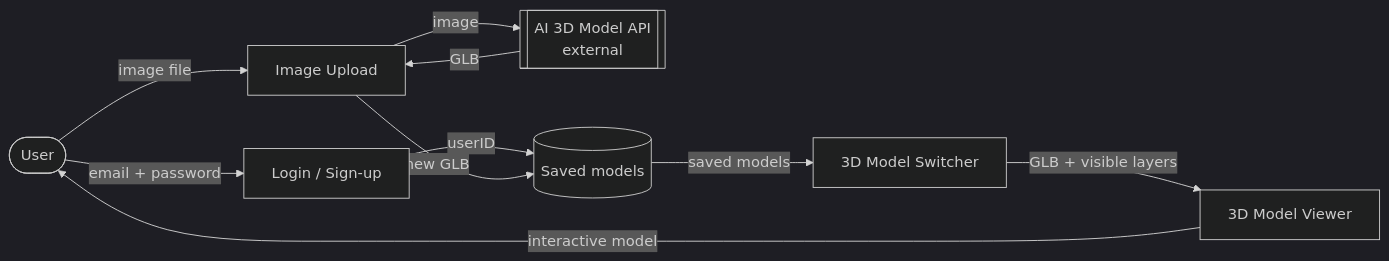
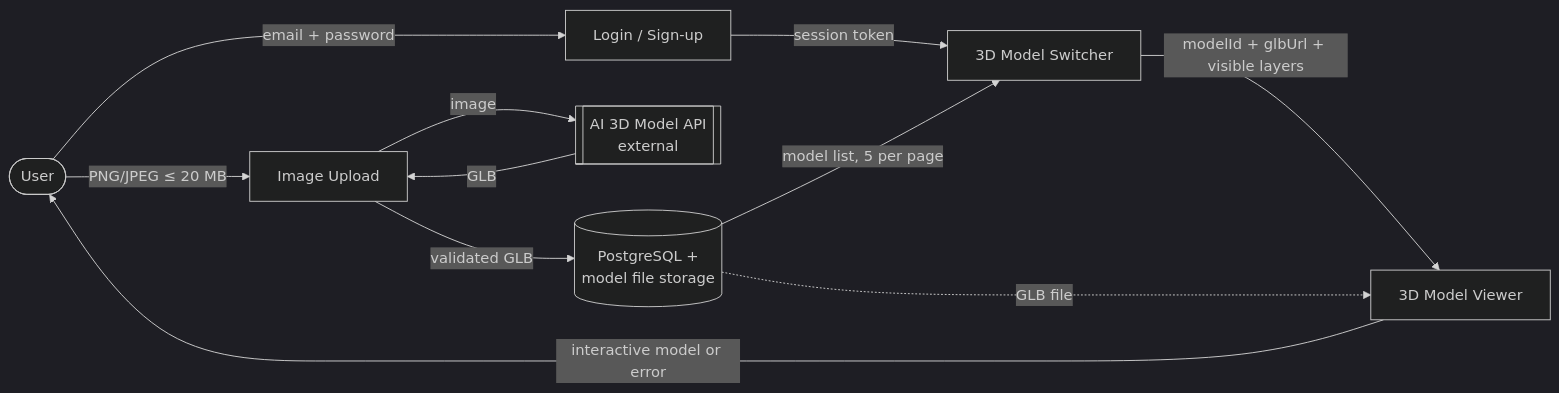
One commit to maluskvp/CS5001---Senior-Design-Project changed the diagram in README.md. Above: the diagram before and after it, drawn with Mermaid (dark theme). The commit also changed other lines of this file and 6 other files, not shown here.

````diff
--- a/README.md
+++ b/README.md
@@ -28,12 +28,13 @@
 ```mermaid
 flowchart LR
     U([User]) -->|email + password| L[Login / Sign-up]
-    U -->|image file| UP[Image Upload]
+    L -->|session token| S
+    U -->|PNG/JPEG ≤ 20 MB| UP[Image Upload]
     UP -->|image| AI[[AI 3D Model API<br/>external]]
     AI -->|GLB| UP
-    L -->|userID| DB[(Saved models)]
-    UP -->|new GLB| DB
-    DB -->|saved models| S[3D Model Switcher]
-    S -->|GLB + visible layers| V[3D Model Viewer]
-    V -->|interactive model| U
+    UP -->|validated GLB| DB[(PostgreSQL +<br/>model file storage)]
+    DB -->|model list, 5 per page| S[3D Model Switcher]
+    S -->|modelId + glbUrl + visible layers| V[3D Model Viewer]
+    DB -.->|GLB file| V
+    V -->|interactive model or error| U
 ```
````
